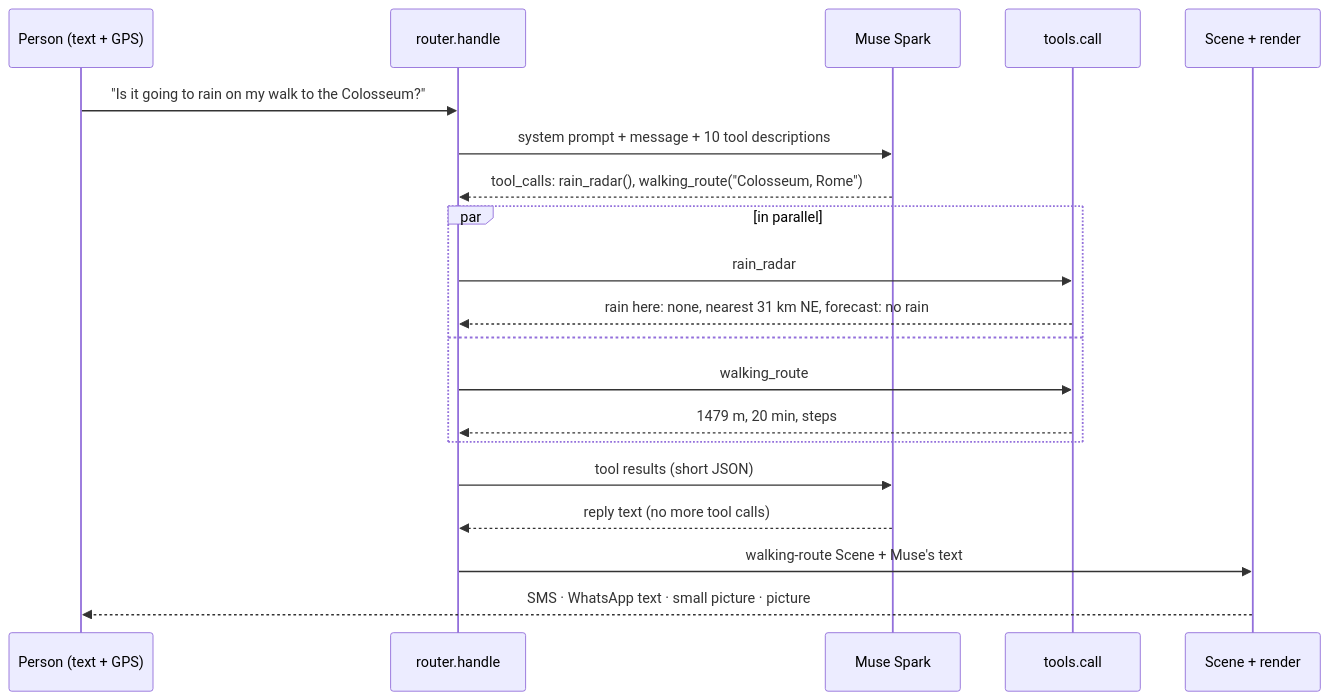
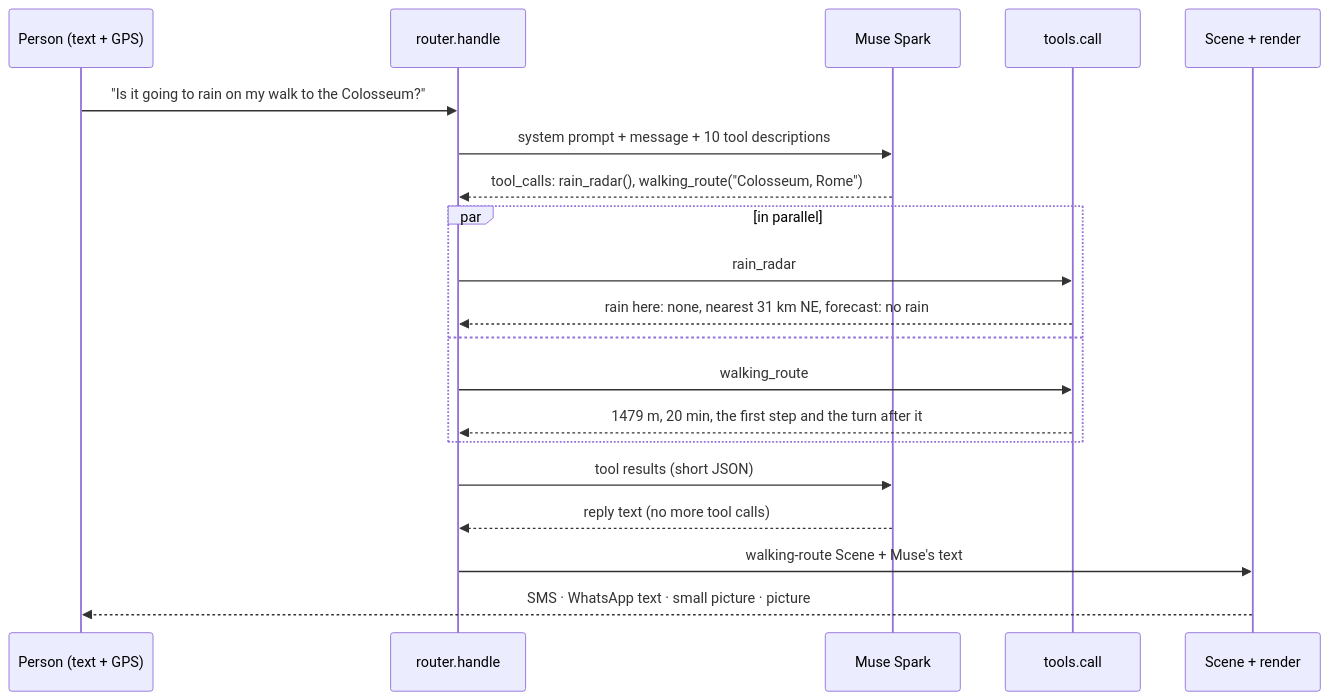
One commit to JacobOuyang/MapsImagesText changed the second of 8 diagrams in README.md. Above: the diagram before and after it, drawn with Mermaid. The commit also changed other lines of this file and 18 other files, not shown here.

````diff
--- a/README.md
+++ b/README.md
@@ -75,22 +76,22 @@
 ```mermaid
 sequenceDiagram
   participant P as Person (text + GPS)
   participant R as router.handle
   participant M as Muse Spark
   participant T as tools.call
   participant S as Scene + render
   P->>R: "Is it going to rain on my walk to the Colosseum?"
   R->>M: system prompt + message + 10 tool descriptions
   M-->>R: tool_calls: rain_radar(), walking_route("Colosseum, Rome")
   par in parallel
     R->>T: rain_radar
     T-->>R: rain here: none, nearest 31 km NE, forecast: no rain
   and
     R->>T: walking_route
-    T-->>R: 1479 m, 20 min, steps
+    T-->>R: 1479 m, 20 min, the first step and the turn after it
   end
   R->>M: tool results (short JSON)
   M-->>R: reply text (no more tool calls)
   R->>S: walking-route Scene + Muse's text
   S-->>P: SMS · WhatsApp text · small picture · picture
 ```
````
